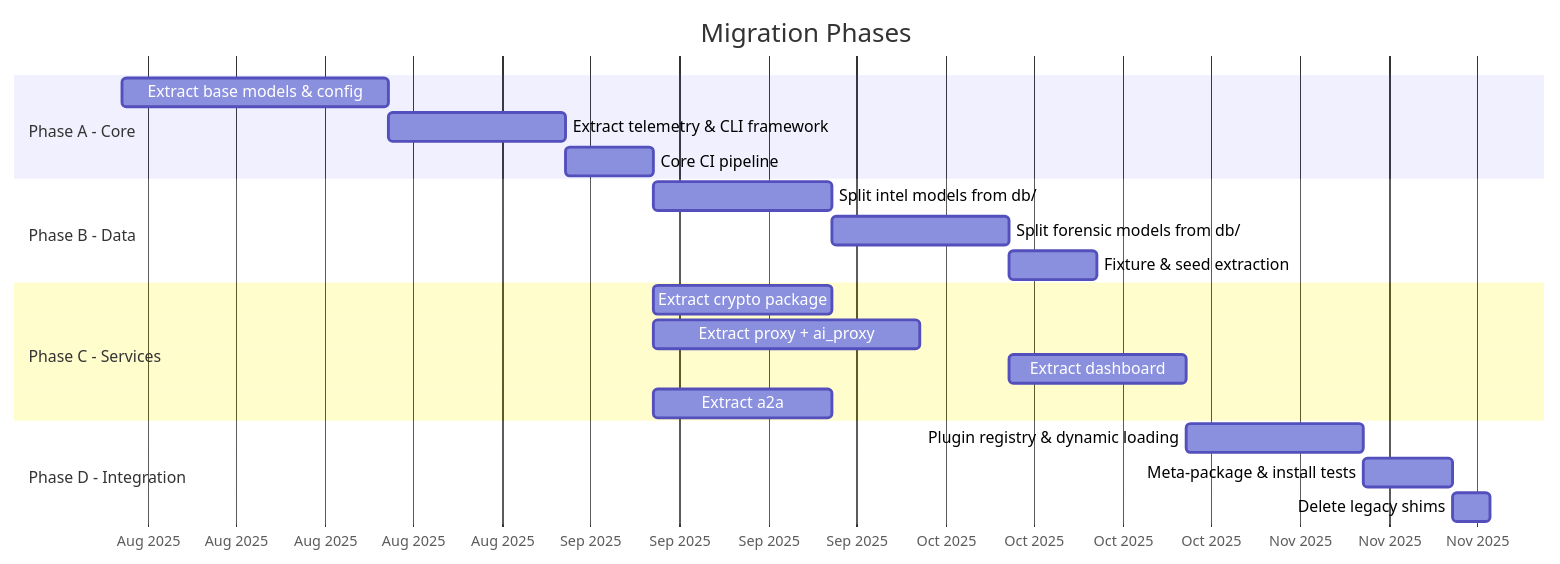
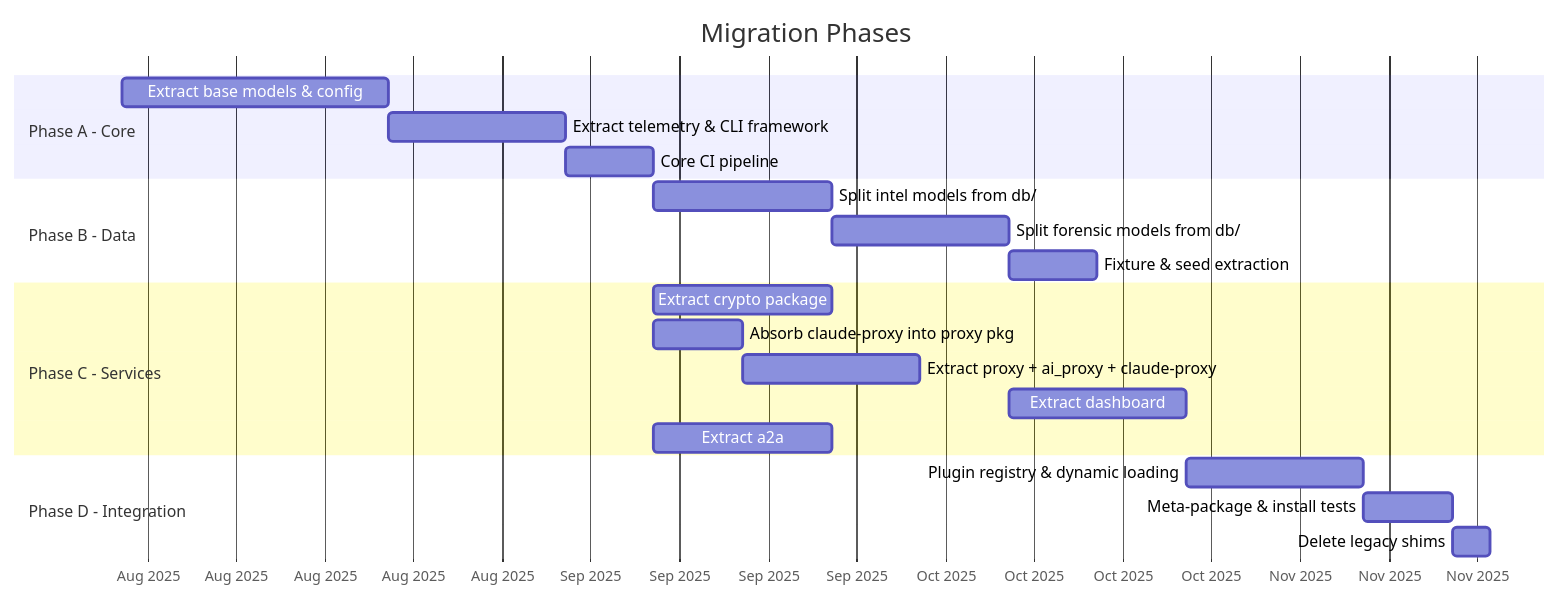
One commit to DCx7C5/cybersecsuite changed the second of 2 diagrams in PROPOSAL.md. Above: the diagram before and after it, drawn with Mermaid. The commit also changed other lines of this file and 24 other files, not shown here.

````diff
--- a/PROPOSAL.md
+++ b/PROPOSAL.md
@@ -130,27 +130,28 @@
 ```mermaid
 gantt
     title Migration Phases
     dateFormat YYYY-MM-DD
     axisFormat %b %Y
 
     section Phase A - Core
     Extract base models & config       :a1, 2025-08-01, 21d
     Extract telemetry & CLI framework   :a2, after a1, 14d
     Core CI pipeline                    :a3, after a2, 7d
 
     section Phase B - Data
     Split intel models from db/         :b1, after a3, 14d
     Split forensic models from db/      :b2, after b1, 14d
     Fixture & seed extraction           :b3, after b2, 7d
 
     section Phase C - Services
     Extract crypto package              :c1, after a3, 14d
-    Extract proxy + ai_proxy            :c2, after a3, 21d
+    Absorb claude-proxy into proxy pkg  :c2a, after a3, 7d
+    Extract proxy + ai_proxy + claude-proxy :c2, after c2a, 14d
     Extract dashboard                   :c3, after b2, 14d
     Extract a2a                         :c4, after a3, 14d
 
     section Phase D - Integration
     Plugin registry & dynamic loading   :d1, after c3, 14d
     Meta-package & install tests        :d2, after d1, 7d
     Delete legacy shims                  :d3, after d2, 3d
 ```
````
